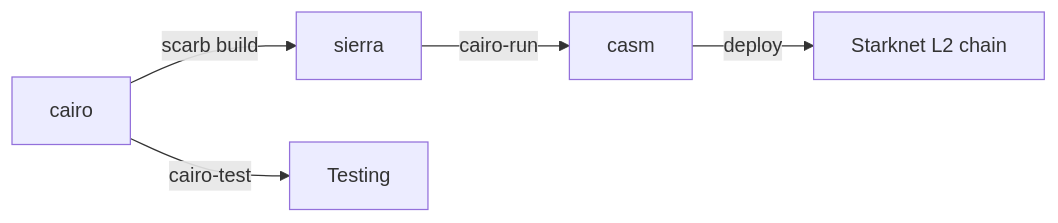
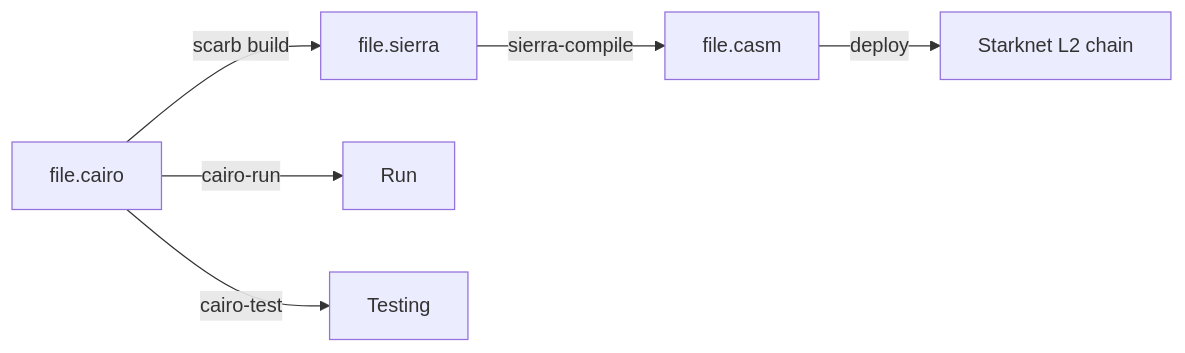
The diagram in README.md (abhi3700/cairo-playground), drawn with Mermaid before and after one commit. The commit also changed other lines of this file and 1 other file, not shown here.

````diff
--- a/README.md
+++ b/README.md
@@ -10,6 +11,7 @@
 ```mermaid
 graph LR
-  cairo --scarb build--> sierra
-  sierra --cairo-run--> casm --deploy--> S[Starknet L2 chain]
-  cairo --cairo-test--> Testing
+  file.cairo --scarb build--> file.sierra
+  file.sierra --sierra-compile--> file.casm --deploy--> S[Starknet L2 chain]
+  file.cairo --cairo-run--> Run
+  file.cairo --cairo-test--> Testing
 ```
````
